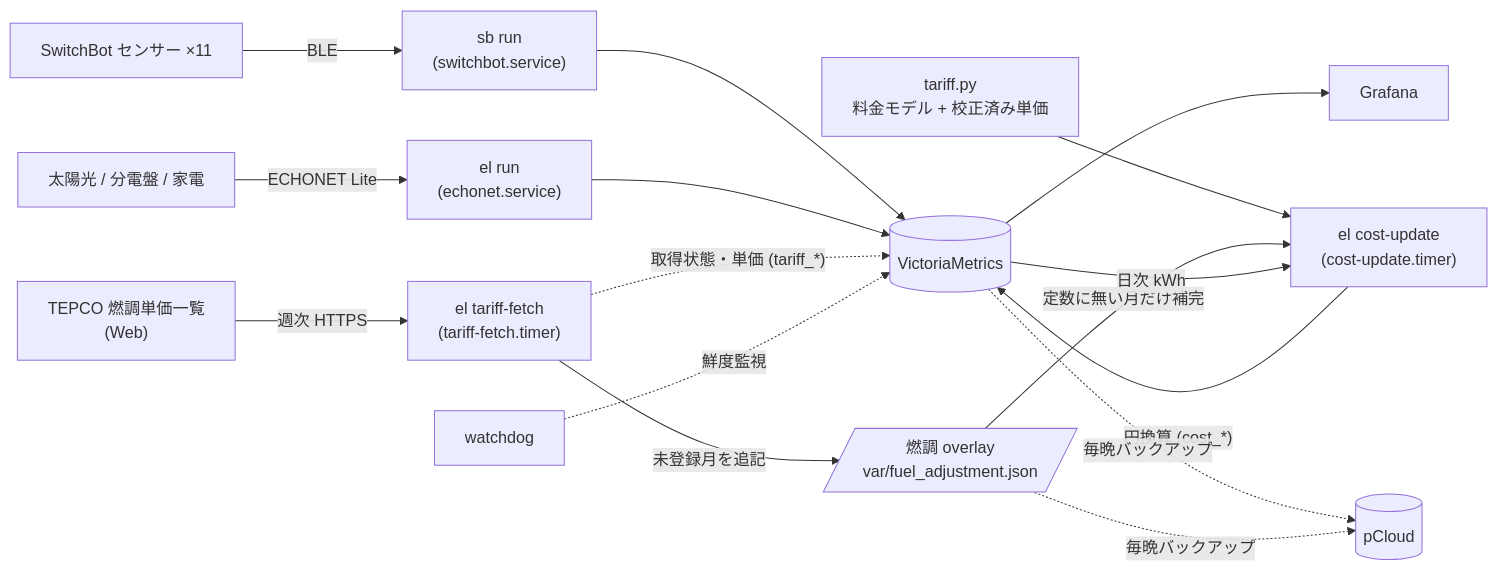
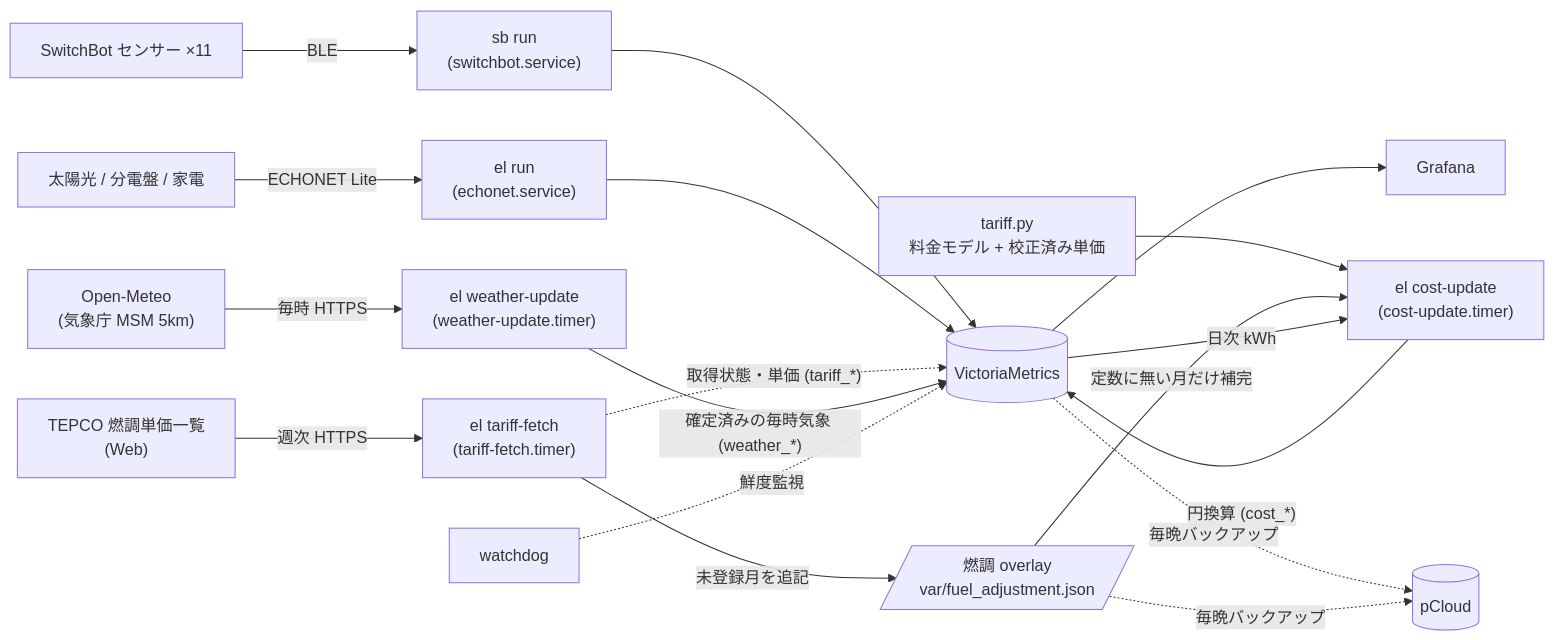
The diagram in README.md (munetaka/homeserver), drawn with Mermaid before and after one commit. The commit also changed other lines of this file and 8 other files, not shown here.

First line of the commit message:
add: hourly JMA MSM weather import via Open-Meteo (el weather-update)

````diff
--- a/README.md
+++ b/README.md
@@ -10,20 +11,23 @@
 ```mermaid
 flowchart LR
     S["SwitchBot センサー ×11"] -- BLE --> SB["sb run<br>(switchbot.service)"]
     P["太陽光 / 分電盤 / 家電"] -- "ECHONET Lite" --> EL["el run<br>(echonet.service)"]
     SB --> VM[("VictoriaMetrics")]
     EL --> VM
     VM --> G["Grafana"]
 
     T["TEPCO 燃調単価一覧<br>(Web)"] -- "週次 HTTPS" --> TF["el tariff-fetch<br>(tariff-fetch.timer)"]
     TF -- "未登録月を追記" --> OV[/"燃調 overlay<br>var/fuel_adjustment.json"/]
     TP["tariff.py<br>料金モデル + 校正済み単価"] --> CU["el cost-update<br>(cost-update.timer)"]
     OV -- "定数に無い月だけ補完" --> CU
     VM -- "日次 kWh" --> CU
     CU -- "円換算 (cost_*)" --> VM
     TF -. "取得状態・単価 (tariff_*)" .-> VM
 
+    OM["Open-Meteo<br>(気象庁 MSM 5km)"] -- "毎時 HTTPS" --> WU["el weather-update<br>(weather-update.timer)"]
+    WU -- "確定済みの毎時気象 (weather_*)" --> VM
+
     WD["watchdog"] -. 鮮度監視 .-> VM
     VM -. 毎晩バックアップ .-> PC[("pCloud")]
     OV -. 毎晩バックアップ .-> PC
 ```
````
